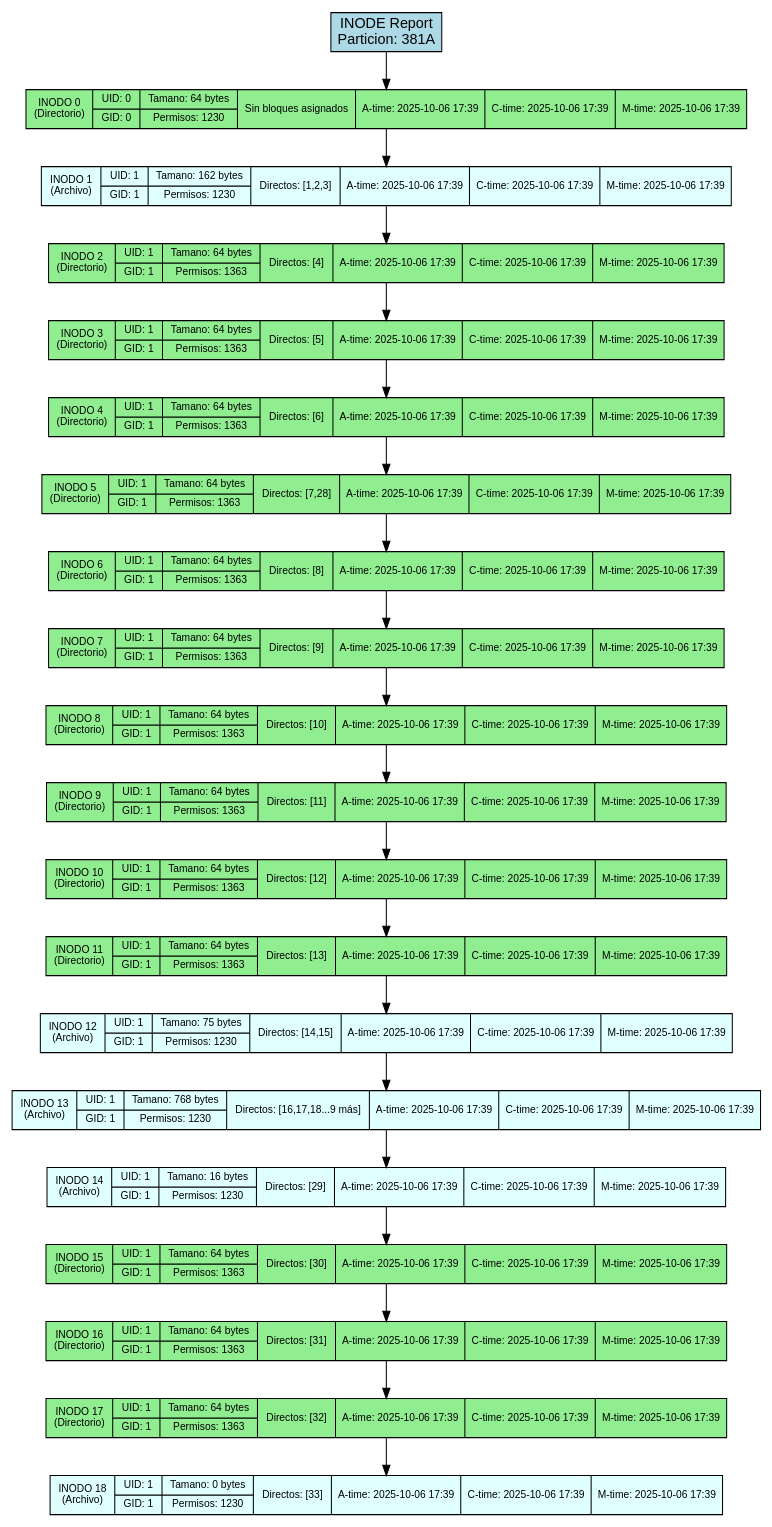
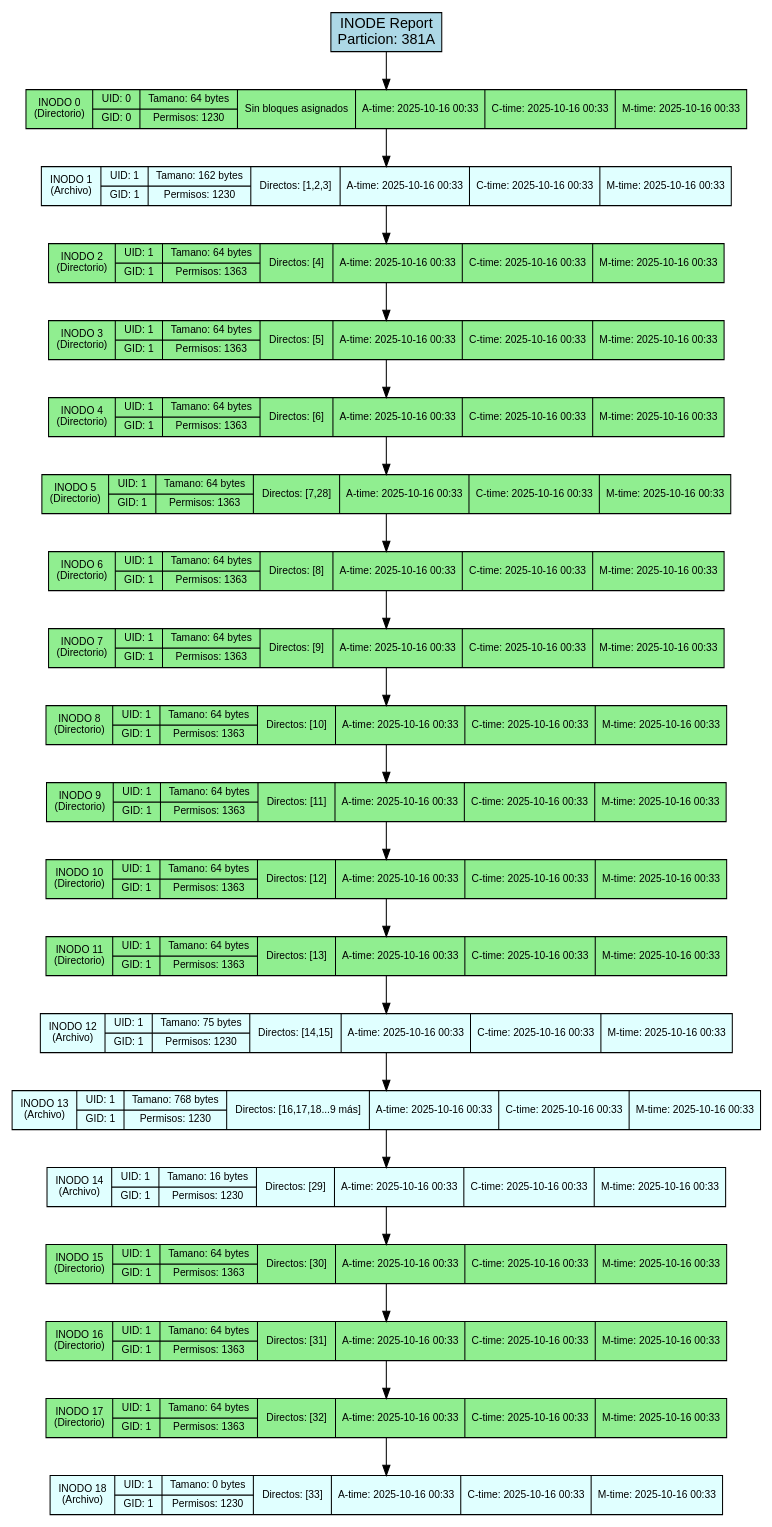
Before and after one commit to DiegVas/MIA_2S2025_P2_202300638: the diagram in backend/provider/reports/src/inode_381A.dot, drawn with Graphviz. The commit also changed 35 other files, not shown here.

```diff
--- a/backend/provider/reports/src/inode_381A.dot
+++ b/backend/provider/reports/src/inode_381A.dot
@@ -1,50 +1,50 @@
 digraph Inode_Report {
     rankdir=TB;
     node [shape=record, style=filled];
     graph [fontname="Arial", fontsize=12];
     node [fontname="Arial", fontsize=10];
     edge [fontname="Arial"];
 
     title [label="INODE Report\nParticion: 381A", fillcolor=lightblue, fontsize=14];
 
-    inode_0 [label="INODO 0\n(Directorio)|{UID: 0 | GID: 0}|{Tamano: 64 bytes | Permisos: 1230}|{Sin bloques asignados}|{A-time: 2025-10-06 17:39}|{C-time: 2025-10-06 17:39}|{M-time: 2025-10-06 17:39}", fillcolor=lightgreen];
-    inode_1 [label="INODO 1\n(Archivo)|{UID: 1 | GID: 1}|{Tamano: 162 bytes | Permisos: 1230}|{Directos: [1,2,3]}|{A-time: 2025-10-06 17:39}|{C-time: 2025-10-06 17:39}|{M-time: 2025-10-06 17:39}", fillcolor=lightcyan];
-    inode_2 [label="INODO 2\n(Directorio)|{UID: 1 | GID: 1}|{Tamano: 64 bytes | Permisos: 1363}|{Directos: [4]}|{A-time: 2025-10-06 17:39}|{C-time: 2025-10-06 17:39}|{M-time: 2025-10-06 17:39}", fillcolor=lightgreen];
-    inode_3 [label="INODO 3\n(Directorio)|{UID: 1 | GID: 1}|{Tamano: 64 bytes | Permisos: 1363}|{Directos: [5]}|{A-time: 2025-10-06 17:39}|{C-time: 2025-10-06 17:39}|{M-time: 2025-10-06 17:39}", fillcolor=lightgreen];
-    inode_4 [label="INODO 4\n(Directorio)|{UID: 1 | GID: 1}|{Tamano: 64 bytes | Permisos: 1363}|{Directos: [6]}|{A-time: 2025-10-06 17:39}|{C-time: 2025-10-06 17:39}|{M-time: 2025-10-06 17:39}", fillcolor=lightgreen];
-    inode_5 [label="INODO 5\n(Directorio)|{UID: 1 | GID: 1}|{Tamano: 64 bytes | Permisos: 1363}|{Directos: [7,28]}|{A-time: 2025-10-06 17:39}|{C-time: 2025-10-06 17:39}|{M-time: 2025-10-06 17:39}", fillcolor=lightgreen];
-    inode_6 [label="INODO 6\n(Directorio)|{UID: 1 | GID: 1}|{Tamano: 64 bytes | Permisos: 1363}|{Directos: [8]}|{A-time: 2025-10-06 17:39}|{C-time: 2025-10-06 17:39}|{M-time: 2025-10-06 17:39}", fillcolor=lightgreen];
-    inode_7 [label="INODO 7\n(Directorio)|{UID: 1 | GID: 1}|{Tamano: 64 bytes | Permisos: 1363}|{Directos: [9]}|{A-time: 2025-10-06 17:39}|{C-time: 2025-10-06 17:39}|{M-time: 2025-10-06 17:39}", fillcolor=lightgreen];
-    inode_8 [label="INODO 8\n(Directorio)|{UID: 1 | GID: 1}|{Tamano: 64 bytes | Permisos: 1363}|{Directos: [10]}|{A-time: 2025-10-06 17:39}|{C-time: 2025-10-06 17:39}|{M-time: 2025-10-06 17:39}", fillcolor=lightgreen];
-    inode_9 [label="INODO 9\n(Directorio)|{UID: 1 | GID: 1}|{Tamano: 64 bytes | Permisos: 1363}|{Directos: [11]}|{A-time: 2025-10-06 17:39}|{C-time: 2025-10-06 17:39}|{M-time: 2025-10-06 17:39}", fillcolor=lightgreen];
-    inode_10 [label="INODO 10\n(Directorio)|{UID: 1 | GID: 1}|{Tamano: 64 bytes | Permisos: 1363}|{Directos: [12]}|{A-time: 2025-10-06 17:39}|{C-time: 2025-10-06 17:39}|{M-time: 2025-10-06 17:39}", fillcolor=lightgreen];
-    inode_11 [label="INODO 11\n(Directorio)|{UID: 1 | GID: 1}|{Tamano: 64 bytes | Permisos: 1363}|{Directos: [13]}|{A-time: 2025-10-06 17:39}|{C-time: 2025-10-06 17:39}|{M-time: 2025-10-06 17:39}", fillcolor=lightgreen];
-    inode_12 [label="INODO 12\n(Archivo)|{UID: 1 | GID: 1}|{Tamano: 75 bytes | Permisos: 1230}|{Directos: [14,15]}|{A-time: 2025-10-06 17:39}|{C-time: 2025-10-06 17:39}|{M-time: 2025-10-06 17:39}", fillcolor=lightcyan];
-    inode_13 [label="INODO 13\n(Archivo)|{UID: 1 | GID: 1}|{Tamano: 768 bytes | Permisos: 1230}|{Directos: [16,17,18...9 más]}|{A-time: 2025-10-06 17:39}|{C-time: 2025-10-06 17:39}|{M-time: 2025-10-06 17:39}", fillcolor=lightcyan];
-    inode_14 [label="INODO 14\n(Archivo)|{UID: 1 | GID: 1}|{Tamano: 16 bytes | Permisos: 1230}|{Directos: [29]}|{A-time: 2025-10-06 17:39}|{C-time: 2025-10-06 17:39}|{M-time: 2025-10-06 17:39}", fillcolor=lightcyan];
-    inode_15 [label="INODO 15\n(Directorio)|{UID: 1 | GID: 1}|{Tamano: 64 bytes | Permisos: 1363}|{Directos: [30]}|{A-time: 2025-10-06 17:39}|{C-time: 2025-10-06 17:39}|{M-time: 2025-10-06 17:39}", fillcolor=lightgreen];
-    inode_16 [label="INODO 16\n(Directorio)|{UID: 1 | GID: 1}|{Tamano: 64 bytes | Permisos: 1363}|{Directos: [31]}|{A-time: 2025-10-06 17:39}|{C-time: 2025-10-06 17:39}|{M-time: 2025-10-06 17:39}", fillcolor=lightgreen];
-    inode_17 [label="INODO 17\n(Directorio)|{UID: 1 | GID: 1}|{Tamano: 64 bytes | Permisos: 1363}|{Directos: [32]}|{A-time: 2025-10-06 17:39}|{C-time: 2025-10-06 17:39}|{M-time: 2025-10-06 17:39}", fillcolor=lightgreen];
-    inode_18 [label="INODO 18\n(Archivo)|{UID: 1 | GID: 1}|{Tamano: 0 bytes | Permisos: 1230}|{Directos: [33]}|{A-time: 2025-10-06 17:39}|{C-time: 2025-10-06 17:39}|{M-time: 2025-10-06 17:39}", fillcolor=lightcyan];
+    inode_0 [label="INODO 0\n(Directorio)|{UID: 0 | GID: 0}|{Tamano: 64 bytes | Permisos: 1230}|{Sin bloques asignados}|{A-time: 2025-10-16 00:33}|{C-time: 2025-10-16 00:33}|{M-time: 2025-10-16 00:33}", fillcolor=lightgreen];
+    inode_1 [label="INODO 1\n(Archivo)|{UID: 1 | GID: 1}|{Tamano: 162 bytes | Permisos: 1230}|{Directos: [1,2,3]}|{A-time: 2025-10-16 00:33}|{C-time: 2025-10-16 00:33}|{M-time: 2025-10-16 00:33}", fillcolor=lightcyan];
+    inode_2 [label="INODO 2\n(Directorio)|{UID: 1 | GID: 1}|{Tamano: 64 bytes | Permisos: 1363}|{Directos: [4]}|{A-time: 2025-10-16 00:33}|{C-time: 2025-10-16 00:33}|{M-time: 2025-10-16 00:33}", fillcolor=lightgreen];
+    inode_3 [label="INODO 3\n(Directorio)|{UID: 1 | GID: 1}|{Tamano: 64 bytes | Permisos: 1363}|{Directos: [5]}|{A-time: 2025-10-16 00:33}|{C-time: 2025-10-16 00:33}|{M-time: 2025-10-16 00:33}", fillcolor=lightgreen];
+    inode_4 [label="INODO 4\n(Directorio)|{UID: 1 | GID: 1}|{Tamano: 64 bytes | Permisos: 1363}|{Directos: [6]}|{A-time: 2025-10-16 00:33}|{C-time: 2025-10-16 00:33}|{M-time: 2025-10-16 00:33}", fillcolor=lightgreen];
+    inode_5 [label="INODO 5\n(Directorio)|{UID: 1 | GID: 1}|{Tamano: 64 bytes | Permisos: 1363}|{Directos: [7,28]}|{A-time: 2025-10-16 00:33}|{C-time: 2025-10-16 00:33}|{M-time: 2025-10-16 00:33}", fillcolor=lightgreen];
+    inode_6 [label="INODO 6\n(Directorio)|{UID: 1 | GID: 1}|{Tamano: 64 bytes | Permisos: 1363}|{Directos: [8]}|{A-time: 2025-10-16 00:33}|{C-time: 2025-10-16 00:33}|{M-time: 2025-10-16 00:33}", fillcolor=lightgreen];
+    inode_7 [label="INODO 7\n(Directorio)|{UID: 1 | GID: 1}|{Tamano: 64 bytes | Permisos: 1363}|{Directos: [9]}|{A-time: 2025-10-16 00:33}|{C-time: 2025-10-16 00:33}|{M-time: 2025-10-16 00:33}", fillcolor=lightgreen];
+    inode_8 [label="INODO 8\n(Directorio)|{UID: 1 | GID: 1}|{Tamano: 64 bytes | Permisos: 1363}|{Directos: [10]}|{A-time: 2025-10-16 00:33}|{C-time: 2025-10-16 00:33}|{M-time: 2025-10-16 00:33}", fillcolor=lightgreen];
+    inode_9 [label="INODO 9\n(Directorio)|{UID: 1 | GID: 1}|{Tamano: 64 bytes | Permisos: 1363}|{Directos: [11]}|{A-time: 2025-10-16 00:33}|{C-time: 2025-10-16 00:33}|{M-time: 2025-10-16 00:33}", fillcolor=lightgreen];
+    inode_10 [label="INODO 10\n(Directorio)|{UID: 1 | GID: 1}|{Tamano: 64 bytes | Permisos: 1363}|{Directos: [12]}|{A-time: 2025-10-16 00:33}|{C-time: 2025-10-16 00:33}|{M-time: 2025-10-16 00:33}", fillcolor=lightgreen];
+    inode_11 [label="INODO 11\n(Directorio)|{UID: 1 | GID: 1}|{Tamano: 64 bytes | Permisos: 1363}|{Directos: [13]}|{A-time: 2025-10-16 00:33}|{C-time: 2025-10-16 00:33}|{M-time: 2025-10-16 00:33}", fillcolor=lightgreen];
+    inode_12 [label="INODO 12\n(Archivo)|{UID: 1 | GID: 1}|{Tamano: 75 bytes | Permisos: 1230}|{Directos: [14,15]}|{A-time: 2025-10-16 00:33}|{C-time: 2025-10-16 00:33}|{M-time: 2025-10-16 00:33}", fillcolor=lightcyan];
+    inode_13 [label="INODO 13\n(Archivo)|{UID: 1 | GID: 1}|{Tamano: 768 bytes | Permisos: 1230}|{Directos: [16,17,18...9 más]}|{A-time: 2025-10-16 00:33}|{C-time: 2025-10-16 00:33}|{M-time: 2025-10-16 00:33}", fillcolor=lightcyan];
+    inode_14 [label="INODO 14\n(Archivo)|{UID: 1 | GID: 1}|{Tamano: 16 bytes | Permisos: 1230}|{Directos: [29]}|{A-time: 2025-10-16 00:33}|{C-time: 2025-10-16 00:33}|{M-time: 2025-10-16 00:33}", fillcolor=lightcyan];
+    inode_15 [label="INODO 15\n(Directorio)|{UID: 1 | GID: 1}|{Tamano: 64 bytes | Permisos: 1363}|{Directos: [30]}|{A-time: 2025-10-16 00:33}|{C-time: 2025-10-16 00:33}|{M-time: 2025-10-16 00:33}", fillcolor=lightgreen];
+    inode_16 [label="INODO 16\n(Directorio)|{UID: 1 | GID: 1}|{Tamano: 64 bytes | Permisos: 1363}|{Directos: [31]}|{A-time: 2025-10-16 00:33}|{C-time: 2025-10-16 00:33}|{M-time: 2025-10-16 00:33}", fillcolor=lightgreen];
+    inode_17 [label="INODO 17\n(Directorio)|{UID: 1 | GID: 1}|{Tamano: 64 bytes | Permisos: 1363}|{Directos: [32]}|{A-time: 2025-10-16 00:33}|{C-time: 2025-10-16 00:33}|{M-time: 2025-10-16 00:33}", fillcolor=lightgreen];
+    inode_18 [label="INODO 18\n(Archivo)|{UID: 1 | GID: 1}|{Tamano: 0 bytes | Permisos: 1230}|{Directos: [33]}|{A-time: 2025-10-16 00:33}|{C-time: 2025-10-16 00:33}|{M-time: 2025-10-16 00:33}", fillcolor=lightcyan];
 
     // Conexiones de la lista enlazada
     title -> inode_0;
     inode_0 -> inode_1;
     inode_1 -> inode_2;
     inode_2 -> inode_3;
     inode_3 -> inode_4;
     inode_4 -> inode_5;
     inode_5 -> inode_6;
     inode_6 -> inode_7;
     inode_7 -> inode_8;
     inode_8 -> inode_9;
     inode_9 -> inode_10;
     inode_10 -> inode_11;
     inode_11 -> inode_12;
     inode_12 -> inode_13;
     inode_13 -> inode_14;
     inode_14 -> inode_15;
     inode_15 -> inode_16;
     inode_16 -> inode_17;
     inode_17 -> inode_18;
 }
```
